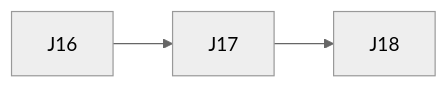
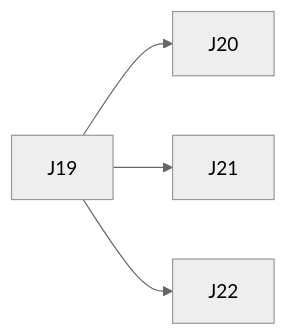
One commit to vespaiach/glance changed the diagram in docs/execution-plan.md. Above: the diagram before and after it, drawn with Mermaid (neutral theme). The commit also changed other lines of this file, not shown here.

````diff
--- a/docs/execution-plan.md
+++ b/docs/execution-plan.md
@@ -49,5 +50,6 @@
 ```mermaid
 graph LR
-  J16 --> J17
-  J17 --> J18
+  J19 --> J20
+  J19 --> J21
+  J19 --> J22
 ```
````
